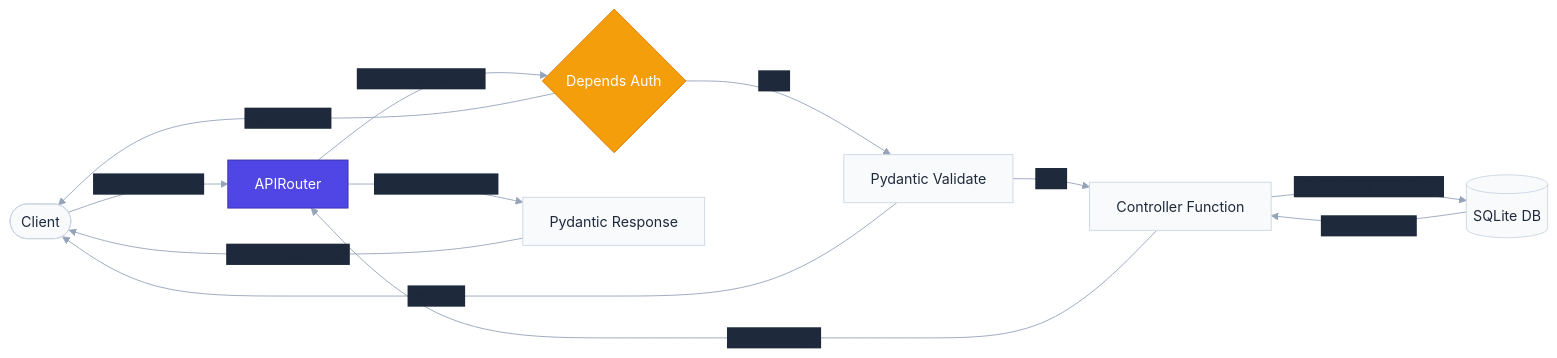
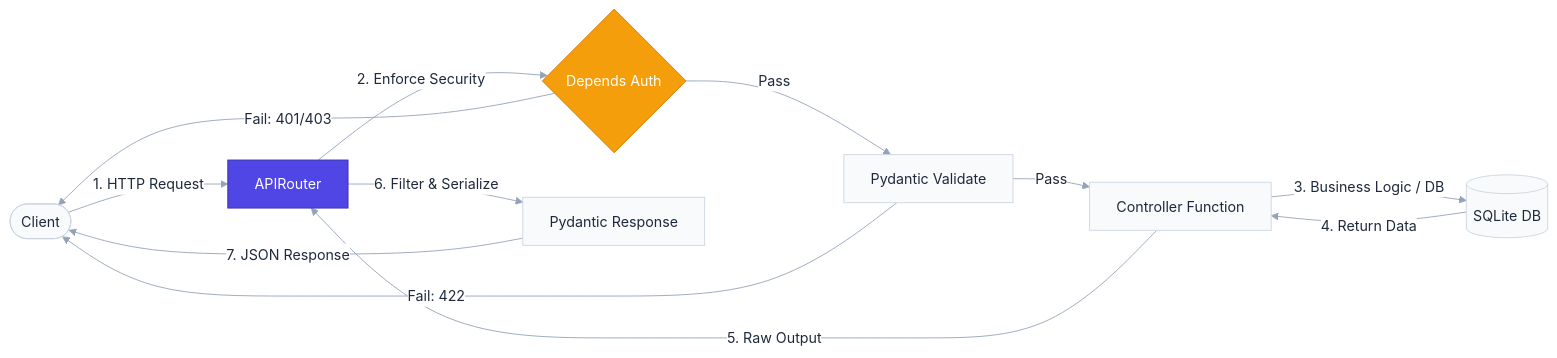
The diagram in app/routes/README.md (nakul-cloud/ecommerce-api), drawn with Mermaid before and after one commit.

Commit message:
docs: add architectural documentation and project lock file

````diff
--- a/app/routes/README.md
+++ b/app/routes/README.md
@@ -22,18 +22,18 @@
 ```mermaid
-%%{init: {'theme': 'base', 'themeVariables': {'primaryColor': '#f8fafc', 'primaryTextColor': '#1e293b', 'primaryBorderColor': '#cbd5e1', 'lineColor': '#94a3b8', 'secondaryColor': '#10b981', 'tertiaryColor': '#f59e0b', 'background': '#ffffff', 'mainBkg': '#f8fafc', 'nodeBorder': '#cbd5e1', 'nodeTextColor': '#e9ff89ff', 'textColor': '#1e293b', 'titleColor': '#ffffff', 'edgeLabelBackground': '#1e293b', 'clusterBkg': '#f1f5f9', 'clusterBorder': '#cbd5e1', 'actorBkg': '#f8fafc', 'actorBorder': '#cbd5e1', 'actorTextColor': '#1e293b', 'signalColor': '#4f46e5', 'signalTextColor': '#ffffff', 'noteBkgColor': '#fef08a', 'noteBorderColor': '#facc15', 'noteTextColor': '#713f12'}}}%%
+%%{init: {'theme': 'base', 'themeVariables': {'primaryColor': '#f8fafc', 'primaryTextColor': '#1e293b', 'primaryBorderColor': '#cbd5e1', 'lineColor': '#94a3b8', 'secondaryColor': '#10b981', 'tertiaryColor': '#f59e0b', 'background': '#ffffff', 'mainBkg': '#f8fafc', 'nodeBorder': '#cbd5e1', 'nodeTextColor': '#e9ff89ff', 'textColor': '#1e293b', 'titleColor': '#ffffff', 'edgeLabelBackground': '#ffffff', 'clusterBkg': '#f1f5f9', 'clusterBorder': '#cbd5e1', 'actorBkg': '#f8fafc', 'actorBorder': '#cbd5e1', 'actorTextColor': '#1e293b', 'signalColor': '#4f46e5', 'signalTextColor': '#ffffff', 'noteBkgColor': '#fef08a', 'noteBorderColor': '#facc15', 'noteTextColor': '#713f12'}}}%%
 flowchart LR
     Client([Client]) -->|1. HTTP Request| Router[APIRouter]
     Router -->|2. Enforce Security| Auth{Depends Auth}
     Auth -->|Fail: 401/403| Client
     Auth -->|Pass| Schema[Pydantic Validate]
     Schema -->|Fail: 422| Client
     Schema -->|Pass| Controller[Controller Function]
     Controller -->|3. Business Logic / DB| DB[(SQLite DB)]
     DB -->|4. Return Data| Controller
     Controller -->|5. Raw Output| Router
     Router -->|6. Filter & Serialize| Response[Pydantic Response]
     Response -->|7. JSON Response| Client
     
     style Router fill:#4f46e5,stroke:#3730a3,color:#ffffff
     style Auth fill:#f59e0b,stroke:#d97706,color:#ffffff
 ```
````
